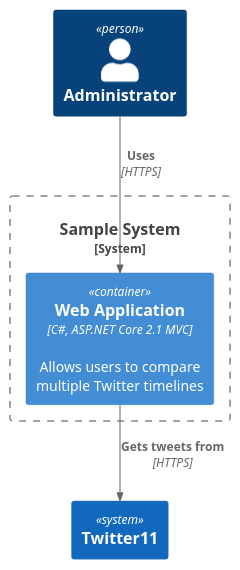
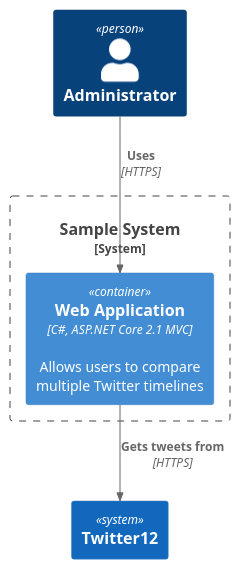
The diagram in doc/design/assets/diagram2.puml (kcirtapfromspace/plantuml), drawn with PlantUML before and after one commit. The commit also changed 2 other files, not shown here.

```diff
--- a/doc/design/assets/diagram2.puml
+++ b/doc/design/assets/diagram2.puml
@@ -1,13 +1,13 @@
 @startuml Basic_Sample
 !include https://raw.githubusercontent.com/plantuml-stdlib/C4-PlantUML/master/C4_Container.puml
 
 Person(admin, "Administrator")
 System_Boundary(c1, "Sample System") {
     Container(web_app, "Web Application", "C#, ASP.NET Core 2.1 MVC", "Allows users to compare multiple Twitter timelines")
 }
 System(twitter, "Twitter")
-System(twitter, "Twitter11")
+System(twitter, "Twitter12")
 
 Rel(admin, web_app, "Uses", "HTTPS")
 Rel(web_app, twitter, "Gets tweets from", "HTTPS")
 @enduml
```
